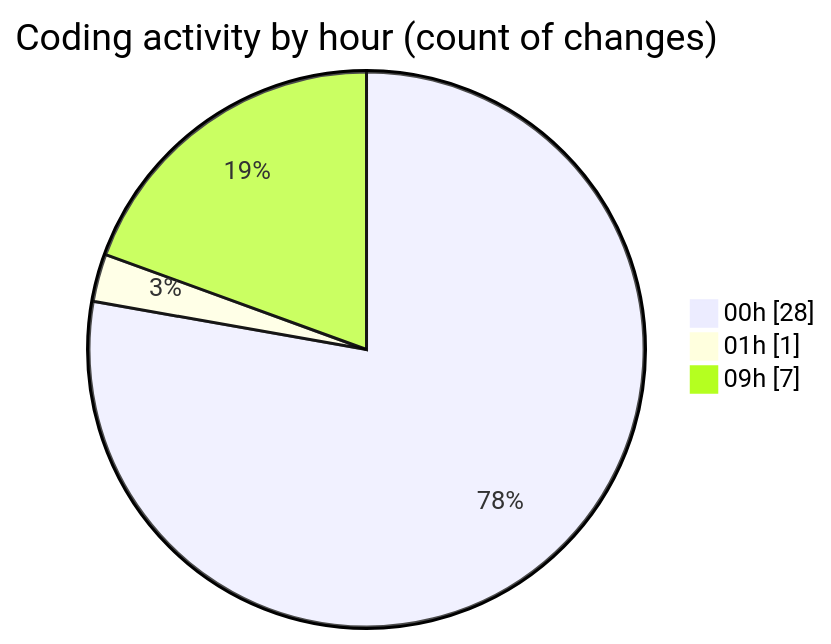
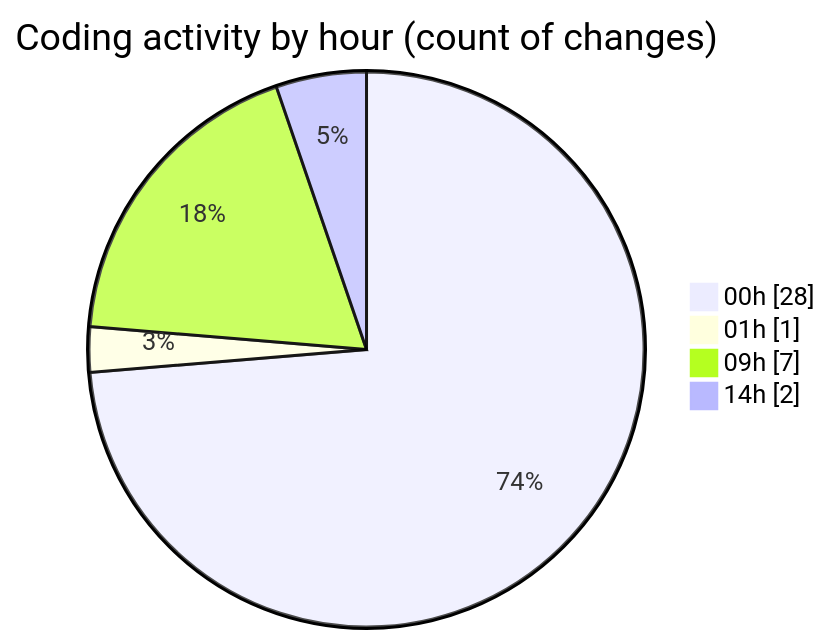
The second of 2 diagrams in 2025-05-24/elitesun/README.md (Elitesun/code-tracking), drawn with Mermaid before and after one commit. The commit also changed other lines of this file and 1 other file, not shown here.

````diff
--- a/2025-05-24/elitesun/README.md
+++ b/2025-05-24/elitesun/README.md
@@ -40,7 +41,8 @@
 ```mermaid
 pie showData
 title Coding activity by hour (count of changes)
 "00h" : 28
 "01h" : 1
 "09h" : 7
+"14h" : 2
 ```
````
